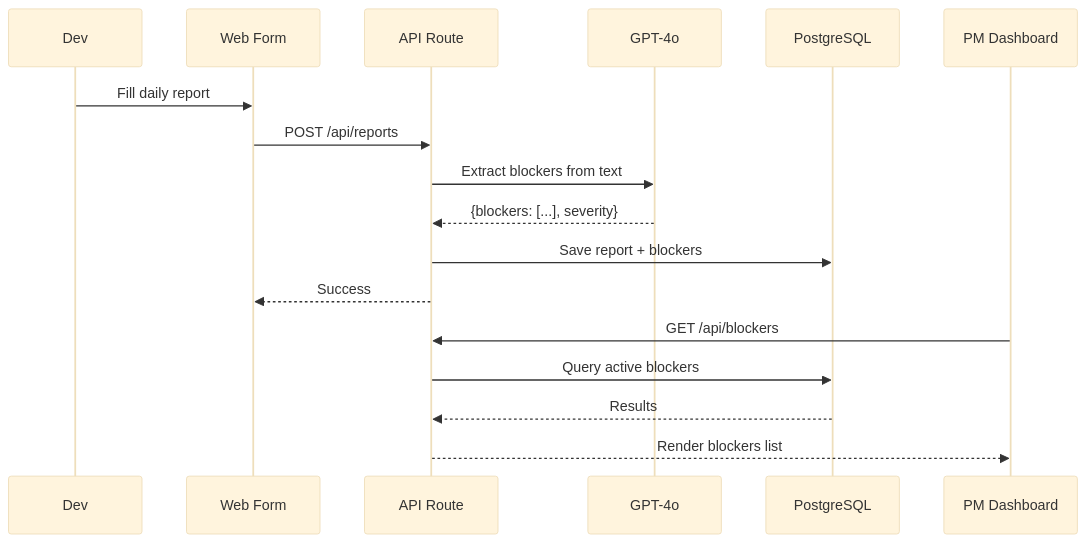
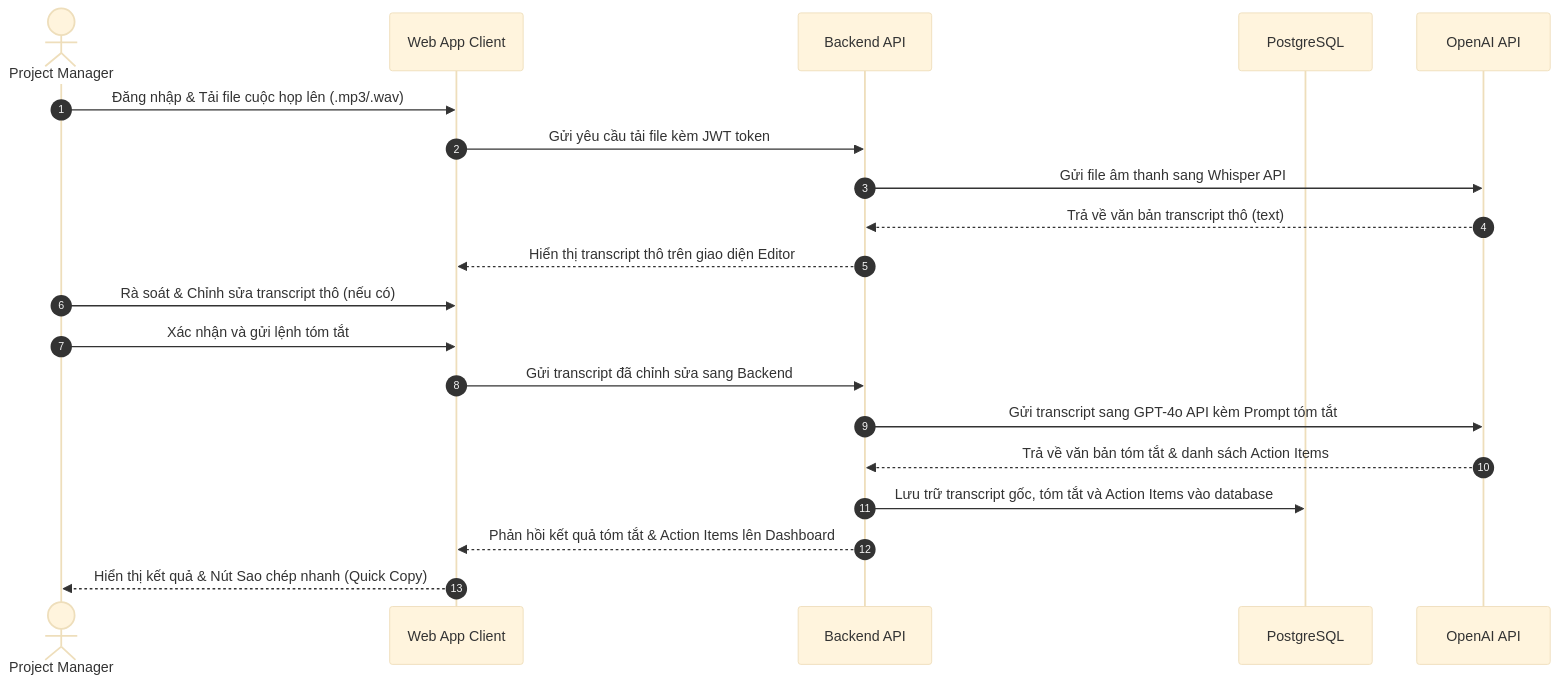
Before and after one commit to hiennv219/ai-presale-workflow: the second of 2 diagrams in projects/2026-05-16-dailytools/workspace/proposal/05-technical-architecture.md, drawn with Mermaid (base theme). The commit also changed other lines of this file and 49 other files, not shown here.

````diff
--- a/projects/2026-05-16-dailytools/workspace/proposal/05-technical-architecture.md
+++ b/projects/2026-05-16-dailytools/workspace/proposal/05-technical-architecture.md
@@ -41,21 +31,23 @@
 ```mermaid
 sequenceDiagram
-    participant Dev
-    participant Form as Web Form
-    participant API as API Route
-    participant AI as GPT-4o
+    autonumber
+    actor PM as Project Manager
+    participant FE as Web App Client
+    participant BE as Backend API
     participant DB as PostgreSQL
-    participant PM as PM Dashboard
+    participant AI as OpenAI API
 
-    Dev->>Form: Fill daily report
-    Form->>API: POST /api/reports
-    API->>AI: Extract blockers from text
-    AI-->>API: {blockers: [...], severity}
-    API->>DB: Save report + blockers
-    API-->>Form: Success
-
-    PM->>API: GET /api/blockers
-    API->>DB: Query active blockers
-    DB-->>API: Results
-    API-->>PM: Render blockers list
+    PM->>FE: Đăng nhập & Tải file cuộc họp lên (.mp3/.wav)
+    FE->>BE: Gửi yêu cầu tải file kèm JWT token
+    BE->>AI: Gửi file âm thanh sang Whisper API
+    AI-->>BE: Trả về văn bản transcript thô (text)
+    BE-->>FE: Hiển thị transcript thô trên giao diện Editor
+    PM->>FE: Rà soát & Chỉnh sửa transcript thô (nếu có)
+    PM->>FE: Xác nhận và gửi lệnh tóm tắt
+    FE->>BE: Gửi transcript đã chỉnh sửa sang Backend
+    BE->>AI: Gửi transcript sang GPT-4o API kèm Prompt tóm tắt
+    AI-->>BE: Trả về văn bản tóm tắt & danh sách Action Items
+    BE->>DB: Lưu trữ transcript gốc, tóm tắt và Action Items vào database
+    BE-->>FE: Phản hồi kết quả tóm tắt & Action Items lên Dashboard
+    FE-->>PM: Hiển thị kết quả & Nút Sao chép nhanh (Quick Copy)
 ```
````
